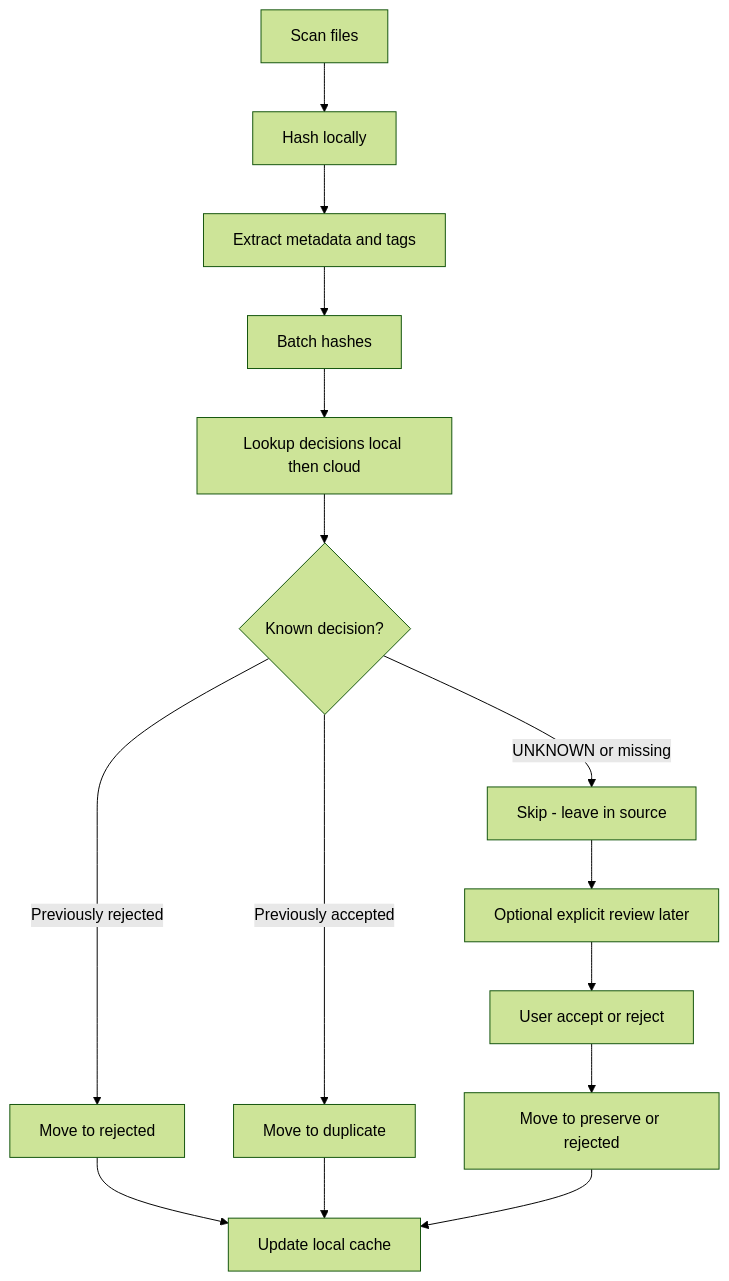
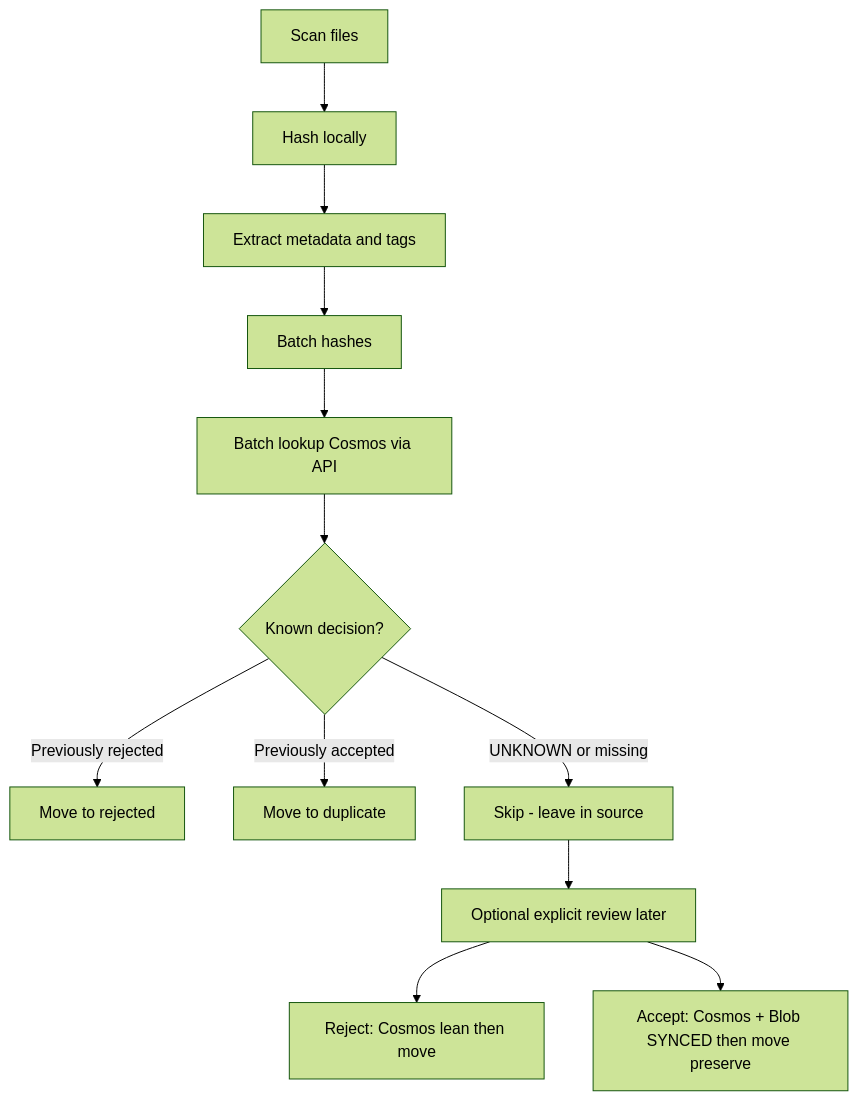
The third of 5 diagrams in ARCHITECTURE.md (digillent/yaadein), drawn with Mermaid (forest theme) before and after one commit. The commit also changed other lines of this file and 4 other files, not shown here.

First line of the commit message:
Rewrite roadmap for Cosmos-first decisions and accept-after-upload.

````diff
--- a/ARCHITECTURE.md
+++ b/ARCHITECTURE.md
@@ -198,17 +149,14 @@
 ```mermaid
 flowchart TD
   scan[Scan files] --> hash[Hash locally]
   hash --> meta[Extract metadata and tags]
   meta --> batch[Batch hashes]
-  batch --> lookup[Lookup decisions local then cloud]
+  batch --> lookup[Batch lookup Cosmos via API]
   lookup --> known{Known decision?}
   known -->|Previously rejected| moveRej[Move to rejected]
   known -->|Previously accepted| moveDup[Move to duplicate]
   known -->|UNKNOWN or missing| skip[Skip - leave in source]
-  moveRej --> cache[Update local cache]
-  moveDup --> cache
   skip --> review[Optional explicit review later]
-  review --> decide[User accept or reject]
-  decide --> moveDecision[Move to preserve or rejected]
-  moveDecision --> cache
+  review --> rejectPath[Reject: Cosmos lean then move]
+  review --> acceptPath[Accept: Cosmos + Blob SYNCED then move preserve]
 ```
````
